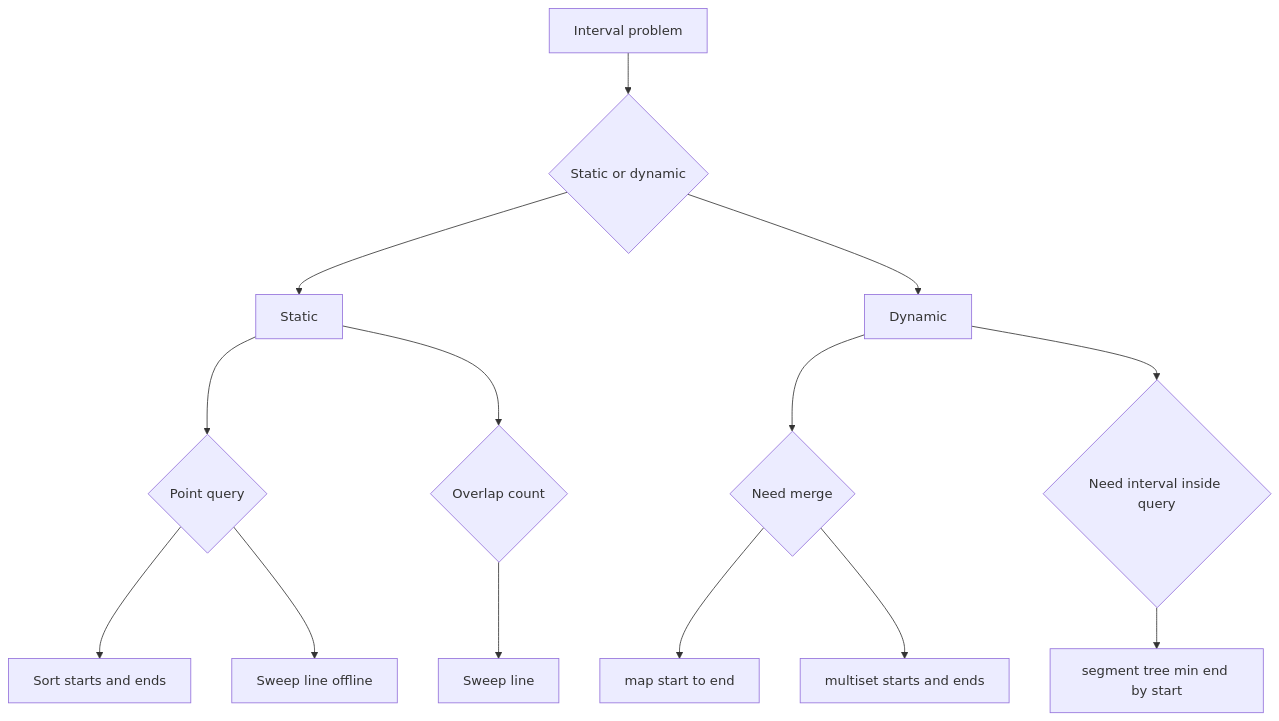
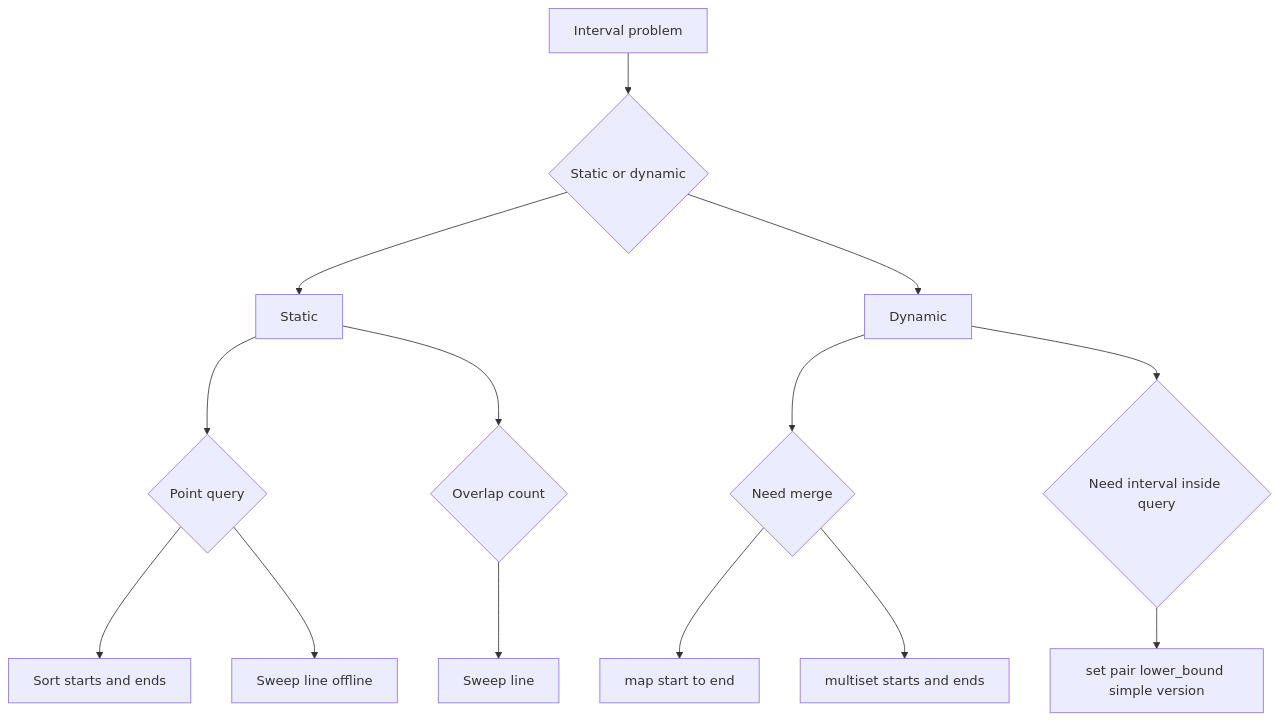
One commit to mthaiseer/springcloud-systemdesign-notes changed diagram 24 of 27 in CP_DSA_NOTES/001_TOPIC_WISE/001_STL_RANGE_QUERY_SWEEPLINE.md. Above: the diagram before and after it, drawn with Mermaid. The commit also changed other lines of this file and 1 other file, not shown here.

````diff
--- a/CP_DSA_NOTES/001_TOPIC_WISE/001_STL_RANGE_QUERY_SWEEPLINE.md
+++ b/CP_DSA_NOTES/001_TOPIC_WISE/001_STL_RANGE_QUERY_SWEEPLINE.md
@@ -2036,16 +1879,16 @@
 ```mermaid
 flowchart TD
     A["Interval problem"] --> B{"Static or dynamic"}
     B --> C["Static"]
     B --> D["Dynamic"]
     C --> E{"Point query"}
     E --> F["Sort starts and ends"]
     E --> G["Sweep line offline"]
     C --> H{"Overlap count"}
     H --> I["Sweep line"]
     D --> J{"Need merge"}
     J --> K["map start to end"]
     J --> L["multiset starts and ends"]
     D --> M{"Need interval inside query"}
-    M --> N["segment tree min end by start"]
+    M --> N["set pair lower_bound simple version"]
 ```
````
